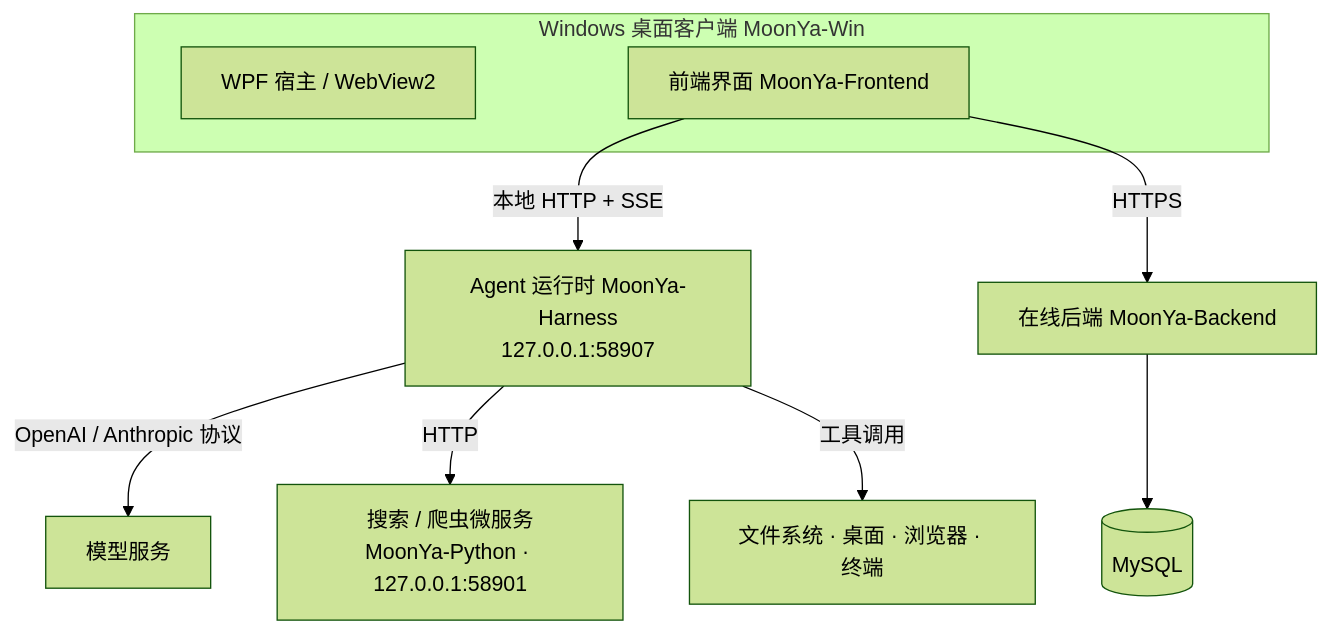
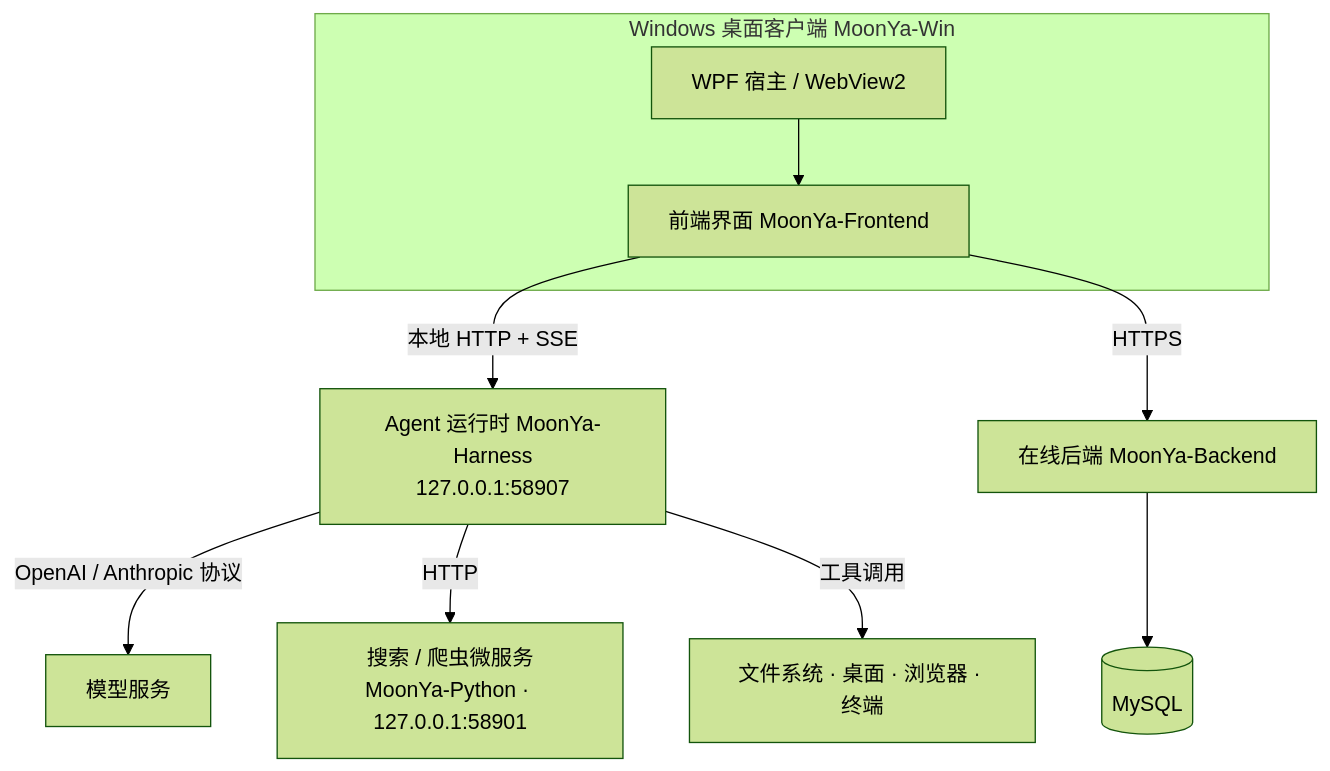
One commit to TravelerYYX/MoonYa changed the diagram in README.md. Above: the diagram before and after it, drawn with Mermaid (forest theme).

Commit message:
docs: 补全架构图中宿主与前端的承载关系

````diff
--- a/README.md
+++ b/README.md
@@ -28,14 +28,15 @@
 ```mermaid
 flowchart TB
     subgraph Desktop["Windows 桌面客户端 MoonYa-Win"]
         Host["WPF 宿主 / WebView2"]
         FE["前端界面 MoonYa-Frontend"]
+        Host --> FE
     end
 
     FE -->|"本地 HTTP + SSE"| RT["Agent 运行时 MoonYa-Harness<br/>127.0.0.1:58907"]
     FE -->|"HTTPS"| BE["在线后端 MoonYa-Backend"]
     RT -->|"OpenAI / Anthropic 协议"| LLM["模型服务"]
     RT -->|"HTTP"| PY["搜索 / 爬虫微服务<br/>MoonYa-Python · 127.0.0.1:58901"]
     RT -->|"工具调用"| OS["文件系统 · 桌面 · 浏览器 · 终端"]
     BE --> DB[("MySQL")]
 ```
````
